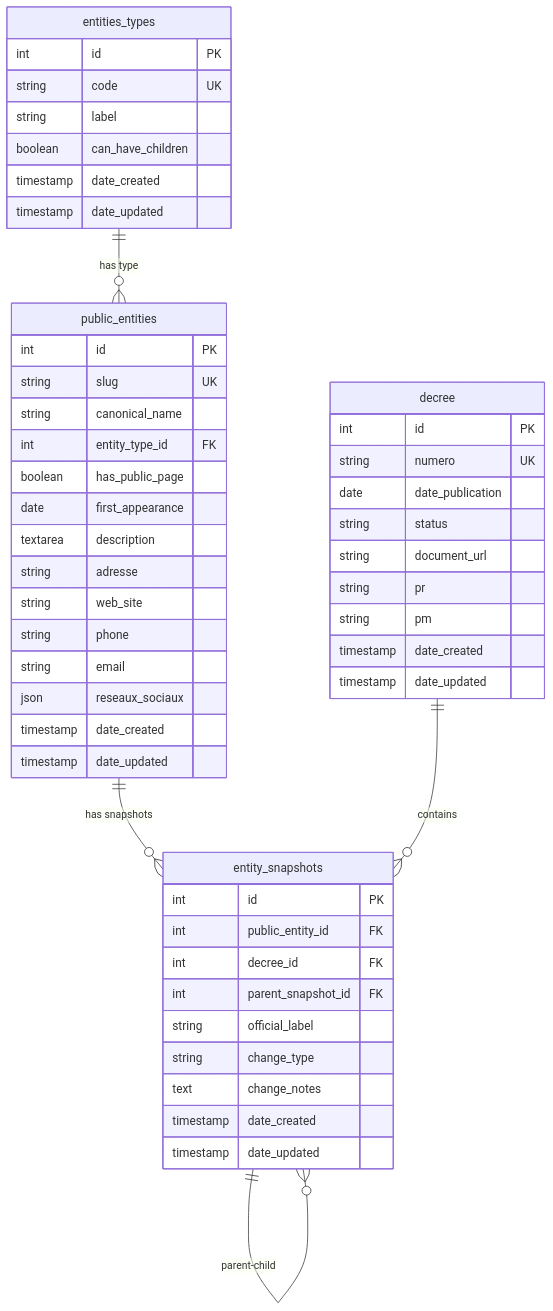
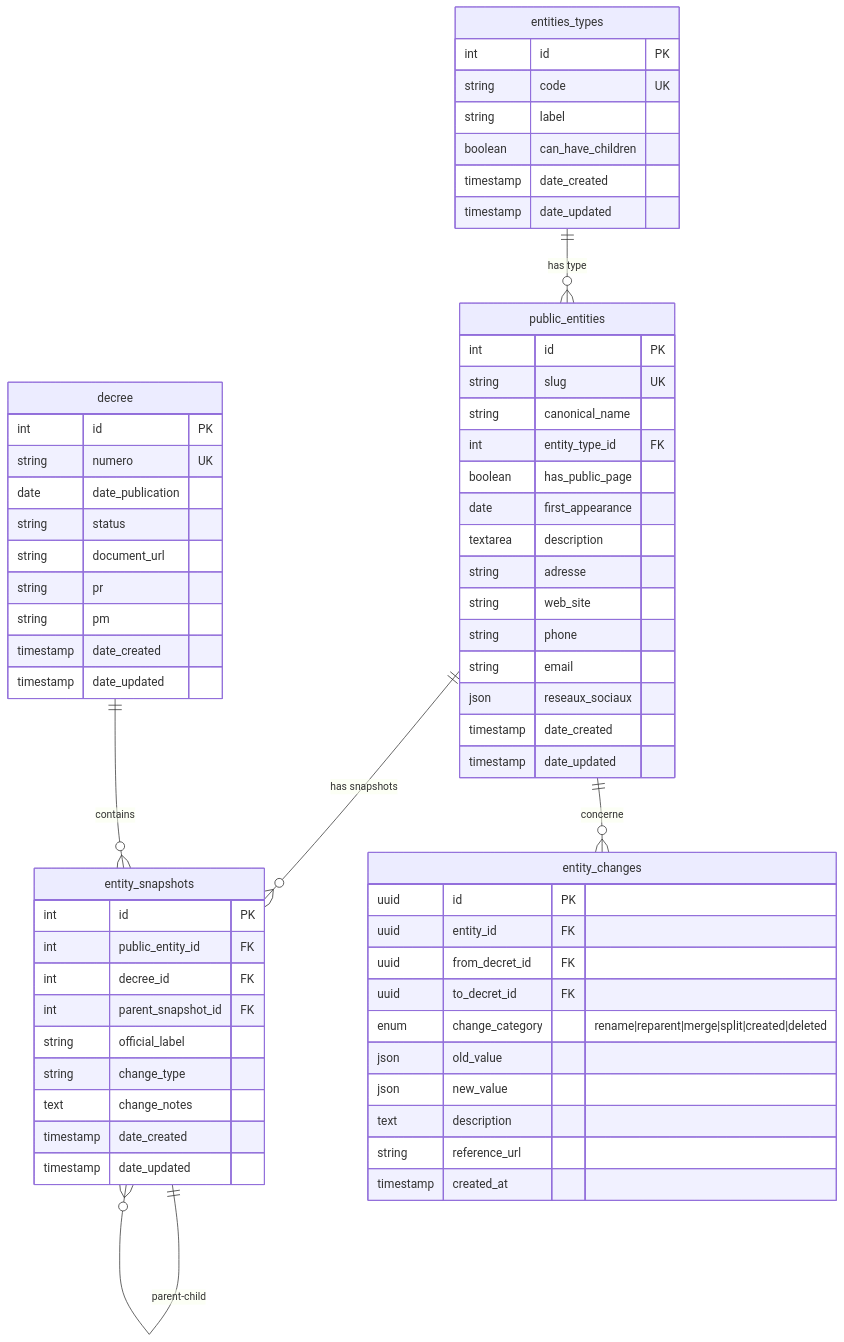
Before and after one commit to cisse410/vie-publique.sn: the diagram in etat.mmd, drawn with Mermaid. The commit also changed 10 other files, not shown here.

```diff
--- a/etat.mmd
+++ b/etat.mmd
@@ -1,55 +1,69 @@
 erDiagram
     entities_types ||--o{ public_entities : "has type"
     public_entities ||--o{ entity_snapshots : "has snapshots"
     decree ||--o{ entity_snapshots : "contains"
     entity_snapshots ||--o{ entity_snapshots : "parent-child"
+    public_entities ||--o{ entity_changes : "concerne"
 
     entities_types {
         int id PK
         string code UK
         string label
         boolean can_have_children
         timestamp date_created
         timestamp date_updated
     }
 
     decree {
         int id PK
         string numero UK
         date date_publication
         string status
         string document_url
         string pr
         string pm
         timestamp date_created
         timestamp date_updated
     }
 
     public_entities {
         int id PK
         string slug UK
         string canonical_name
         int entity_type_id FK
         boolean has_public_page
         date first_appearance
         textarea description
         string adresse
         string web_site
         string phone
         string email
         json reseaux_sociaux
         timestamp date_created
         timestamp date_updated
     }
 
     entity_snapshots {
         int id PK
         int public_entity_id FK
         int decree_id FK
         int parent_snapshot_id FK
         string official_label
         string change_type
         text change_notes
         timestamp date_created
         timestamp date_updated
     }
+
+    entity_changes {
+        uuid id PK
+        uuid entity_id FK
+        uuid from_decret_id FK
+        uuid to_decret_id FK
+        enum change_category "rename|reparent|merge|split|created|deleted"
+        json old_value
+        json new_value
+        text description
+        string reference_url
+        timestamp created_at
+    }
```
